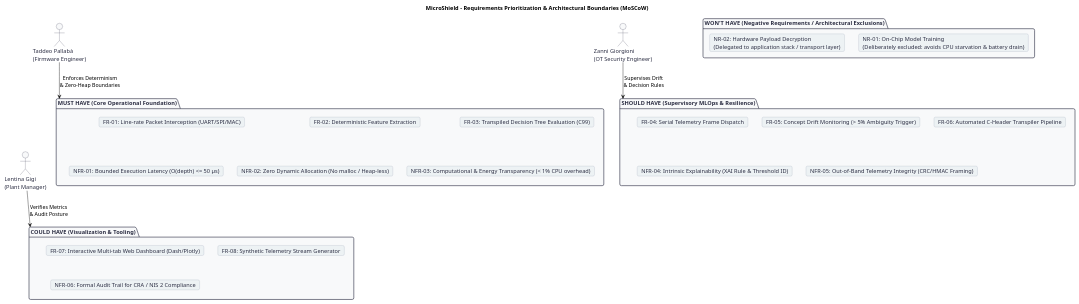
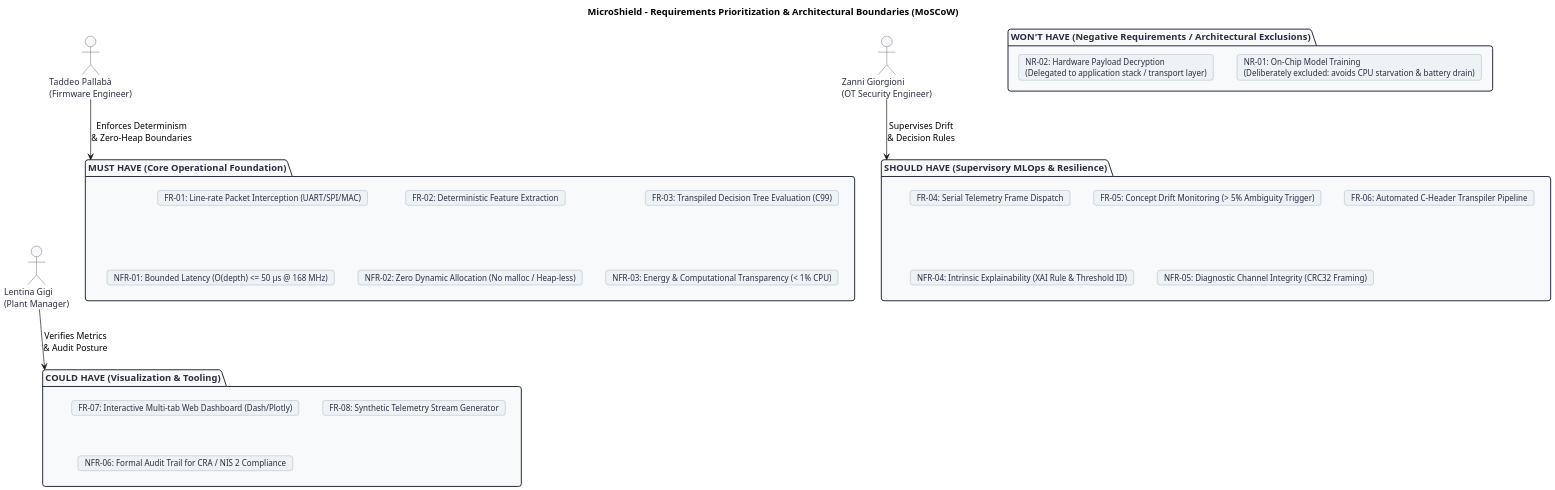
Before and after one commit to unibo-dtm-se-2223-microshield/report: the diagram in diagrams/requirements_moscow.puml, drawn with PlantUML. The commit also changed 2 other files, not shown here.

Commit message:
docs(requirements): format nfr table and enhance diagram resolution

```diff
--- a/diagrams/requirements_moscow.puml
+++ b/diagrams/requirements_moscow.puml
@@ -1,64 +1,69 @@
 @startuml requirements_moscow
+skinparam dpi 160
 skinparam backgroundColor #FFFFFF
 skinparam defaultFontName Arial
+skinparam defaultFontSize 13
 skinparam roundcorner 8
 skinparam shadowing false
 
 skinparam package {
     BackgroundColor #F8F9FA
     BorderColor #2B2D42
     FontColor #2B2D42
     FontStyle bold
+    FontSize 14
 }
 
 skinparam card {
     BackgroundColor #EDF2F4
     BorderColor #8D99AE
     FontColor #2B2D42
+    FontSize 12
 }
 
 skinparam actor {
     BackgroundColor #F8F9FA
     BorderColor #2B2D42
     FontColor #2B2D42
+    FontSize 13
 }
 
 title MicroShield - Requirements Prioritization & Architectural Boundaries (MoSCoW)
 
 actor "Taddeo Pallabà\n(Firmware Engineer)" as Taddeo
 actor "Zanni Giorgioni\n(OT Security Engineer)" as Zanni
 actor "Lentina Gigi\n(Plant Manager)" as Lentina
 
 package "MUST HAVE (Core Operational Foundation)" as MUST {
     card "FR-01: Line-rate Packet Interception (UART/SPI/MAC)" as M1
     card "FR-02: Deterministic Feature Extraction" as M2
     card "FR-03: Transpiled Decision Tree Evaluation (C99)" as M3
-    card "NFR-01: Bounded Execution Latency (O(depth) <= 50 µs)" as M4
+    card "NFR-01: Bounded Latency (O(depth) <= 50 µs @ 168 MHz)" as M4
     card "NFR-02: Zero Dynamic Allocation (No malloc / Heap-less)" as M5
-    card "NFR-03: Computational & Energy Transparency (< 1% CPU overhead)" as M6
+    card "NFR-03: Energy & Computational Transparency (< 1% CPU)" as M6
 }
 
 package "SHOULD HAVE (Supervisory MLOps & Resilience)" as SHOULD {
     card "FR-04: Serial Telemetry Frame Dispatch" as S1
     card "FR-05: Concept Drift Monitoring (> 5% Ambiguity Trigger)" as S2
     card "FR-06: Automated C-Header Transpiler Pipeline" as S3
     card "NFR-04: Intrinsic Explainability (XAI Rule & Threshold ID)" as S4
-    card "NFR-05: Out-of-Band Telemetry Integrity (CRC/HMAC Framing)" as S5
+    card "NFR-05: Diagnostic Channel Integrity (CRC32 Framing)" as S5
 }
 
 package "COULD HAVE (Visualization & Tooling)" as COULD {
     card "FR-07: Interactive Multi-tab Web Dashboard (Dash/Plotly)" as C1
     card "FR-08: Synthetic Telemetry Stream Generator" as C2
     card "NFR-06: Formal Audit Trail for CRA / NIS 2 Compliance" as C3
 }
 
 package "WON'T HAVE (Negative Requirements / Architectural Exclusions)" as WONT {
     card "NR-01: On-Chip Model Training\n(Deliberately excluded: avoids CPU starvation & battery drain)" as W1
     card "NR-02: Hardware Payload Decryption\n(Delegated to application stack / transport layer)" as W2
 }
 
 Taddeo --> MUST : Enforces Determinism\n& Zero-Heap Boundaries
 Zanni --> SHOULD : Supervises Drift\n& Decision Rules
 Lentina --> COULD : Verifies Metrics\n& Audit Posture
 
 @enduml
```
